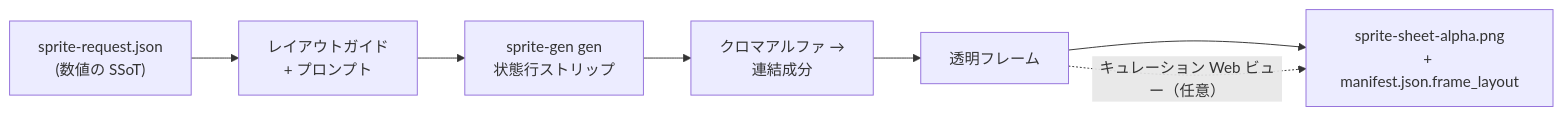
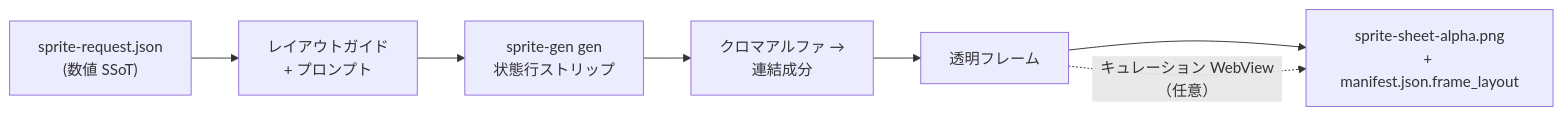
One commit to aldegad/sprite-gen changed the diagram in README.ja.md. Above: the diagram before and after it, drawn with Mermaid. The commit also changed other lines of this file and 14 other files, not shown here.

````diff
--- a/README.ja.md
+++ b/README.ja.md
@@ -25,9 +25,9 @@
 ```mermaid
 flowchart LR
-    REQ["sprite-request.json<br/>(数値の SSoT)"] --> GUIDES["レイアウトガイド<br/>+ プロンプト"]
+    REQ["sprite-request.json<br/>(数値 SSoT)"] --> GUIDES["レイアウトガイド<br/>+ プロンプト"]
     GUIDES --> GEN["sprite-gen gen<br/>状態行ストリップ"]
     GEN --> EXTRACT["クロマアルファ →<br/>連結成分"]
     EXTRACT --> FRAMES["透明フレーム"]
     FRAMES --> ATLAS["sprite-sheet-alpha.png<br/>+ manifest.json.frame_layout"]
-    FRAMES -. "キュレーション Web ビュー（任意）" .-> ATLAS
+    FRAMES -. "キュレーション WebView（任意）" .-> ATLAS
 ```
````
